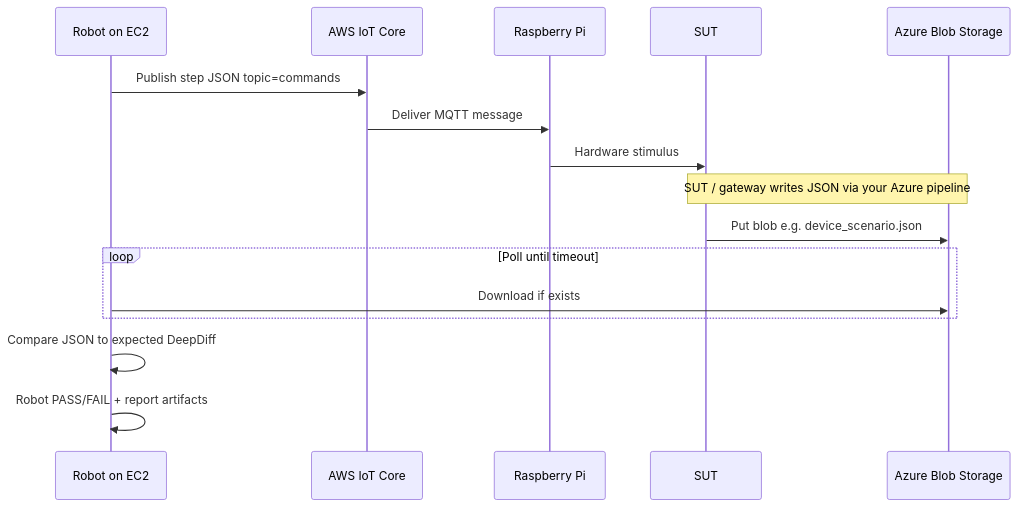
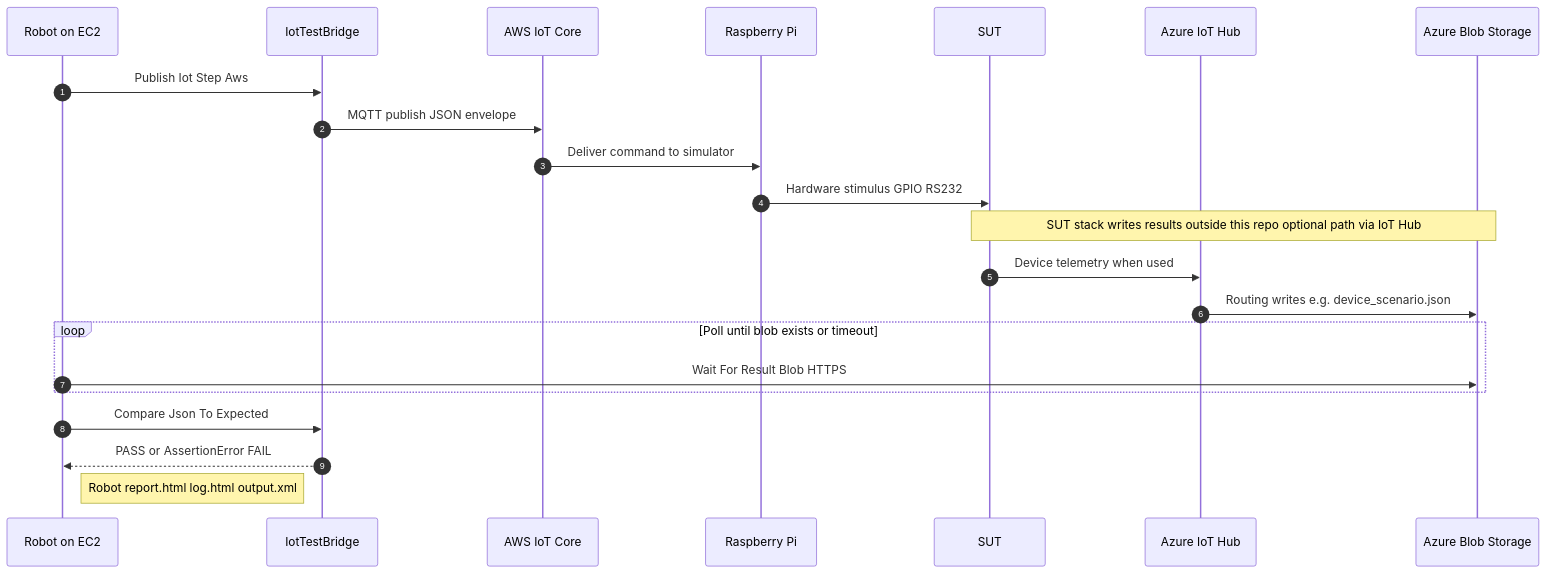
The second of 2 diagrams in README.md (shafkat1/IoT-SIM), drawn with Mermaid before and after one commit. The commit also changed other lines of this file, not shown here.

First line of the commit message:
README: refresh architecture diagrams for AWS IoT plus Azure Blob hybrid

````diff
--- a/README.md
+++ b/README.md
@@ -48,19 +53,25 @@
 ```mermaid
 sequenceDiagram
+  autonumber
   participant RF as Robot on EC2
+  participant Lib as IotTestBridge
   participant IoT as AWS IoT Core
   participant Pi as Raspberry Pi
   participant SUT as SUT
+  participant AzHub as Azure IoT Hub
   participant Blob as Azure Blob Storage
 
-  RF->>IoT: Publish step JSON topic=commands
-  IoT->>Pi: Deliver MQTT message
-  Pi->>SUT: Hardware stimulus
-  Note over SUT,Blob: SUT / gateway writes JSON via your Azure pipeline
-  SUT->>Blob: Put blob e.g. device_scenario.json
-  loop Poll until timeout
-    RF->>Blob: Download if exists
+  RF->>Lib: Publish Iot Step Aws
+  Lib->>IoT: MQTT publish JSON envelope
+  IoT->>Pi: Deliver command to simulator
+  Pi->>SUT: Hardware stimulus GPIO RS232
+  Note over SUT,Blob: SUT stack writes results outside this repo optional path via IoT Hub
+  SUT->>AzHub: Device telemetry when used
+  AzHub->>Blob: Routing writes e.g. device_scenario.json
+  loop Poll until blob exists or timeout
+    RF->>Blob: Wait For Result Blob HTTPS
   end
-  RF->>RF: Compare JSON to expected DeepDiff
-  RF->>RF: Robot PASS/FAIL + report artifacts
+  RF->>Lib: Compare Json To Expected
+  Lib-->>RF: PASS or AssertionError FAIL
+  Note right of RF: Robot report.html log.html output.xml
 ```
````
